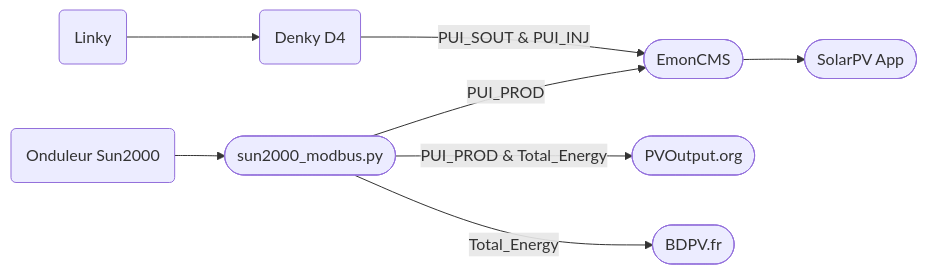
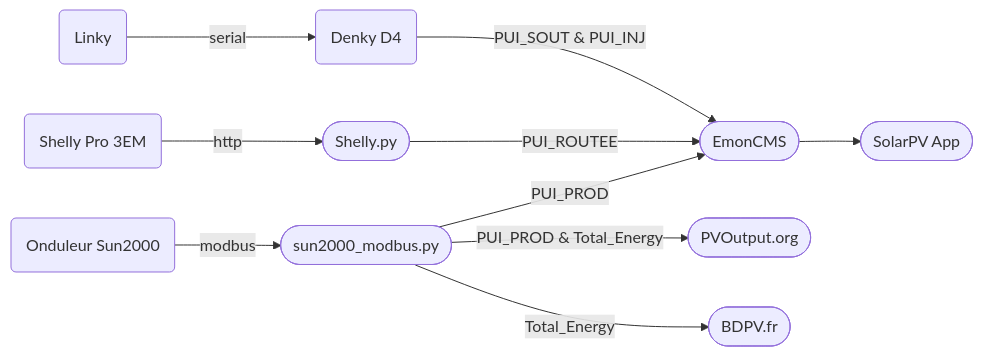
One commit to sosandroid/Monitoring_Energie changed the diagram in readme.md. Above: the diagram before and after it, drawn with Mermaid. The commit also changed other lines of this file and 3 other files, not shown here.

````diff
--- a/readme.md
+++ b/readme.md
@@ -24,11 +25,13 @@
 ```mermaid
 flowchart LR;
-    A(Linky)-->B;
+    A(Linky)--serial-->B;
     B(Denky D4)--PUI_SOUT & PUI_INJ-->C;
     C([EmonCMS])-->D;
     D([SolarPV App]);
-    E(Onduleur Sun2000)-->F;
-    F([sun2000_modbus.py])--PUI_PROD-->C
-    F--PUI_PROD & Total_Energy-->G([PVOutput.org])
-    F--Total_Energy-->H([BDPV.fr])
+    E(Onduleur Sun2000)--modbus-->F;
+    F([sun2000_modbus.py])--PUI_PROD-->C;
+    F--PUI_PROD & Total_Energy-->G([PVOutput.org]);
+    F--Total_Energy-->H([BDPV.fr]);
+	I(Shelly Pro 3EM)--http-->J;
+	J([Shelly.py])--PUI_ROUTEE-->C;
 ```
````
